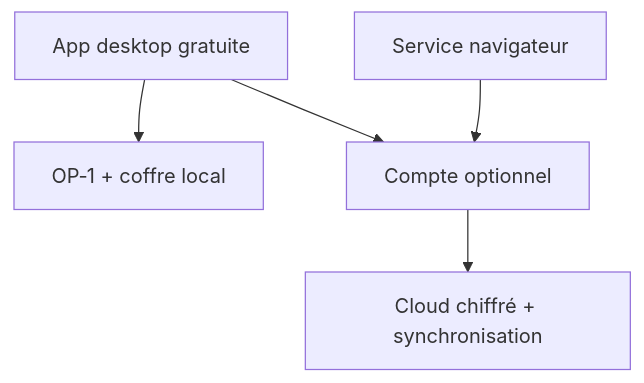
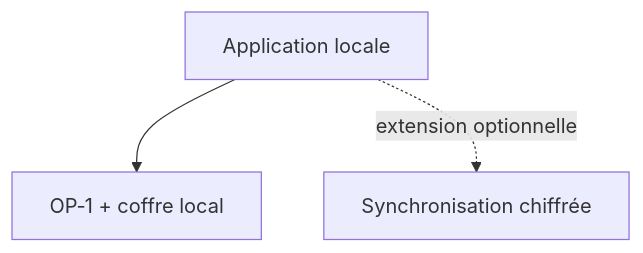
Before and after one commit to propann/Engineering-Studio: the diagram in docs/BUSINESS_MODEL.md, drawn with Mermaid. The commit also changed other lines of this file and 38 other files, not shown here.

````diff
--- a/docs/BUSINESS_MODEL.md
+++ b/docs/BUSINESS_MODEL.md
@@ -50,7 +50,5 @@
 ```mermaid
 flowchart TD
-    APP["App desktop gratuite"] --> LOCAL["OP‑1 + coffre local"]
-    APP --> ACCOUNT["Compte optionnel"]
-    WEB["Service navigateur"] --> ACCOUNT
-    ACCOUNT --> CLOUD["Cloud chiffré + synchronisation"]
+    APP["Application locale"] --> LOCAL["OP‑1 + coffre local"]
+    APP -. extension optionnelle .-> CLOUD["Synchronisation chiffrée"]
 ```
````
